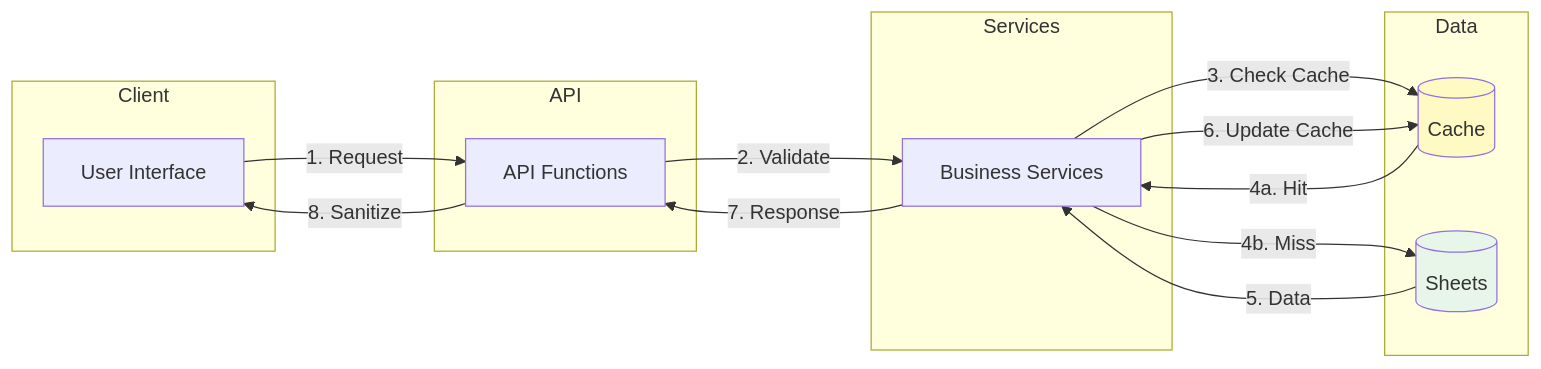
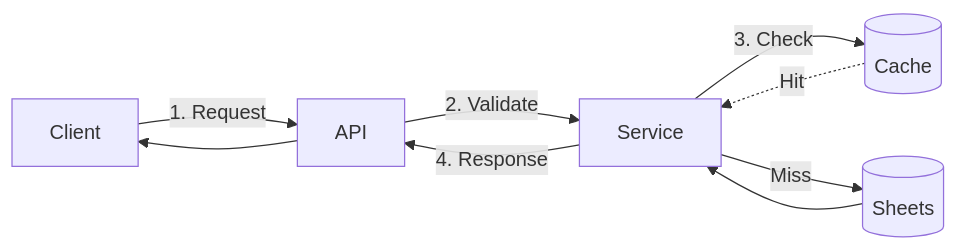
One commit to calebsandler/test-appscript changed the second of 3 diagrams in README.md. Above: the diagram before and after it, drawn with Mermaid. The commit also changed other lines of this file, not shown here.

First line of the commit message:
docs: condense README and fix Mermaid rendering issues

````diff
--- a/README.md
+++ b/README.md
@@ -128,32 +68,11 @@
 ```mermaid
 flowchart LR
-    subgraph Client
-        UI[User Interface]
-    end
-
-    subgraph API
-        API_FN[API Functions]
-    end
-
-    subgraph Services
-        SVC[Business Services]
-    end
-
-    subgraph Data
-        CACHE[(Cache)]
-        SHEET[(Sheets)]
-    end
-
-    UI -->|1. Request| API_FN
-    API_FN -->|2. Validate| SVC
-    SVC -->|3. Check Cache| CACHE
-    CACHE -->|4a. Hit| SVC
-    SVC -->|4b. Miss| SHEET
-    SHEET -->|5. Data| SVC
-    SVC -->|6. Update Cache| CACHE
-    SVC -->|7. Response| API_FN
-    API_FN -->|8. Sanitize| UI
-
-    style CACHE fill:#fff9c4
-    style SHEET fill:#e8f5e9
+    UI[Client] -->|1. Request| API
+    API -->|2. Validate| SVC[Service]
+    SVC -->|3. Check| CACHE[(Cache)]
+    CACHE -.->|Hit| SVC
+    SVC -->|Miss| SHEET[(Sheets)]
+    SHEET --> SVC
+    SVC -->|4. Response| API
+    API --> UI
 ```
````
